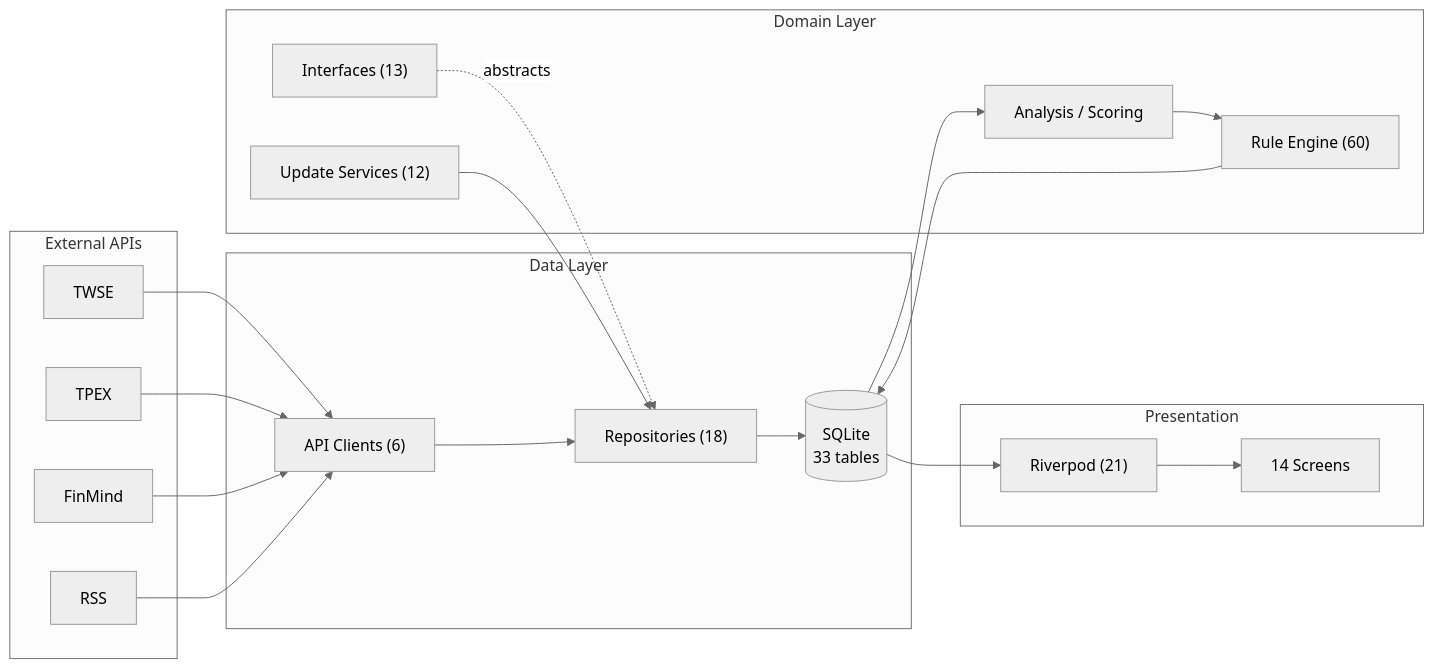
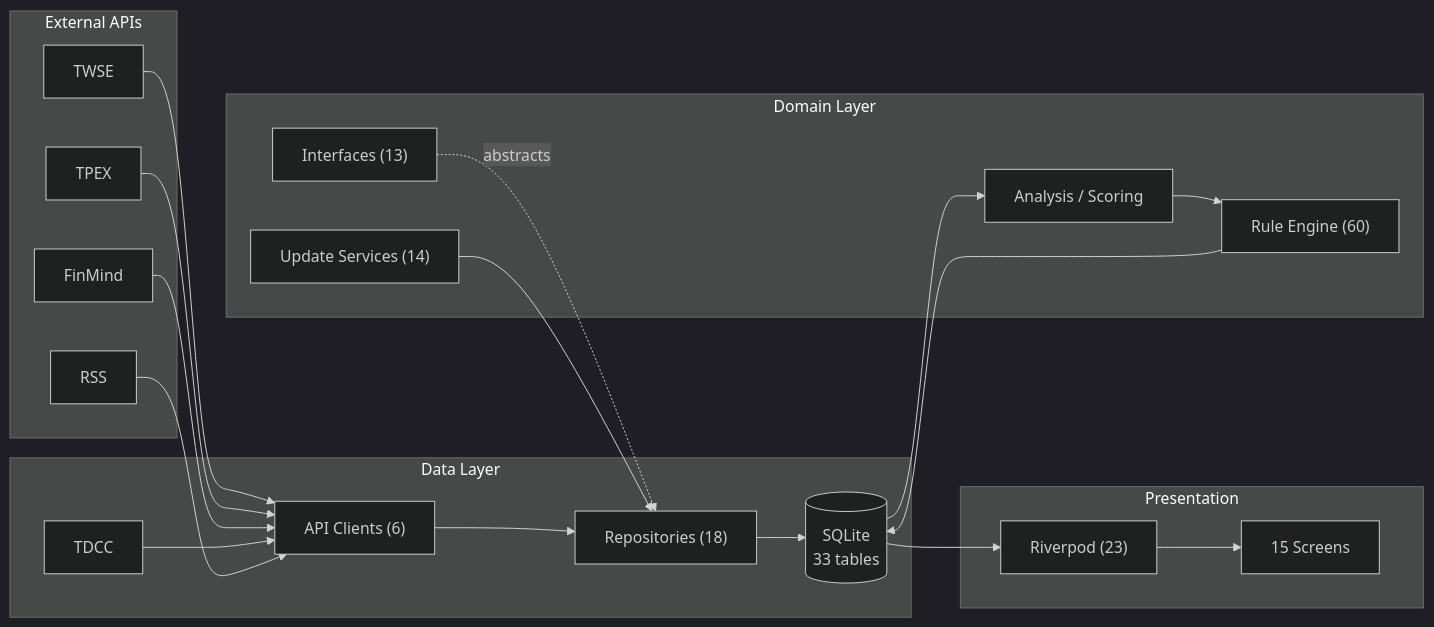
Before and after one commit to Neal75418/afterclose: the first of 2 diagrams in README.md, drawn with Mermaid. The commit also changed other lines of this file and 5 other files, not shown here.

````diff
--- a/README.md
+++ b/README.md
@@ -89,36 +89,37 @@
 ```mermaid
-%%{init: {'theme': 'neutral'}}%%
+%%{init: {'theme': 'dark'}}%%
 flowchart LR
     subgraph External["External APIs"]
         TWSE["TWSE"]
         TPEX["TPEX"]
         FM["FinMind"]
         RSS["RSS"]
     end
 
     subgraph Data["Data Layer"]
         Remote["API Clients (6)"]
         Repo["Repositories (18)"]
+        TDCC["TDCC"]
         DB[("SQLite\n33 tables")]
     end
 
     subgraph Domain["Domain Layer"]
         IF["Interfaces (13)"]
         Services["Analysis / Scoring"]
         Rules["Rule Engine (60)"]
-        Update["Update Services (12)"]
+        Update["Update Services (14)"]
     end
 
     subgraph Presentation["Presentation"]
-        Provider["Riverpod (21)"]
-        UI["14 Screens"]
+        Provider["Riverpod (23)"]
+        UI["15 Screens"]
     end
 
-    TWSE & TPEX & FM & RSS --> Remote
+    TWSE & TPEX & FM & TDCC & RSS --> Remote
     Remote --> Repo --> DB
     IF -.->|abstracts| Repo
     DB --> Services --> Rules
     Rules --> DB
     Update --> Repo
     DB --> Provider --> UI
 ```
````
